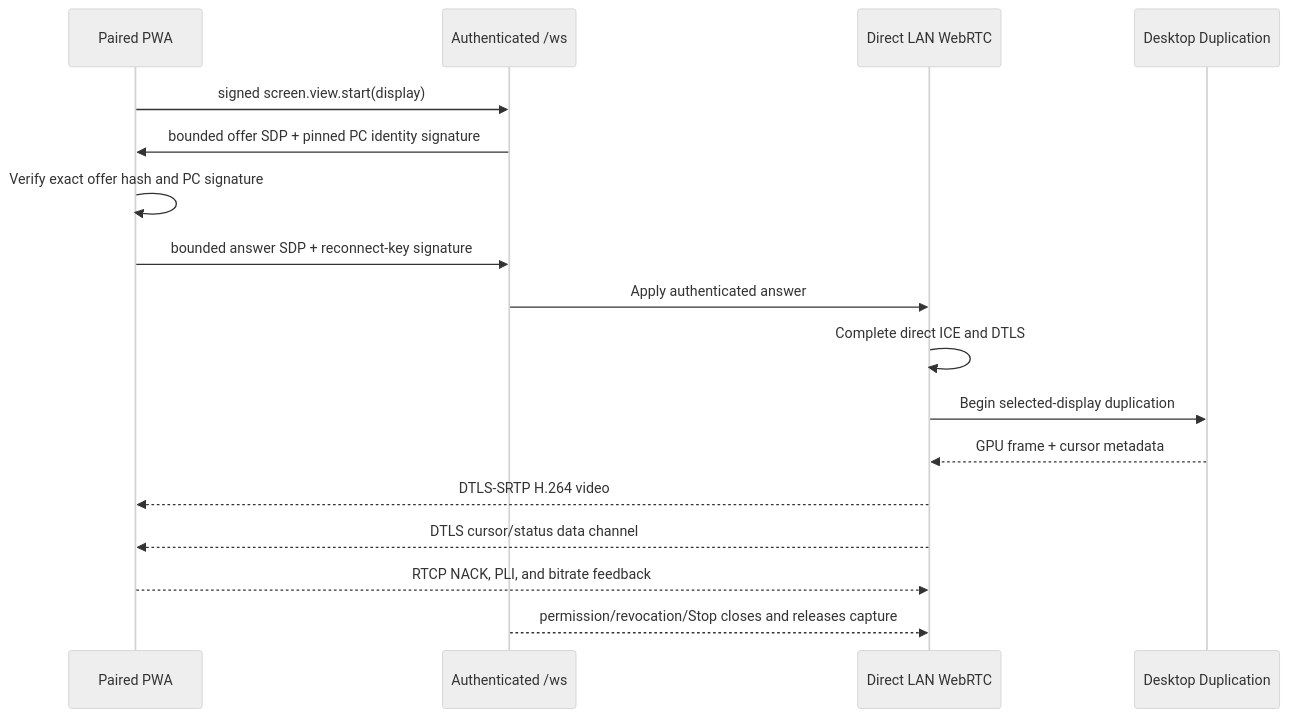
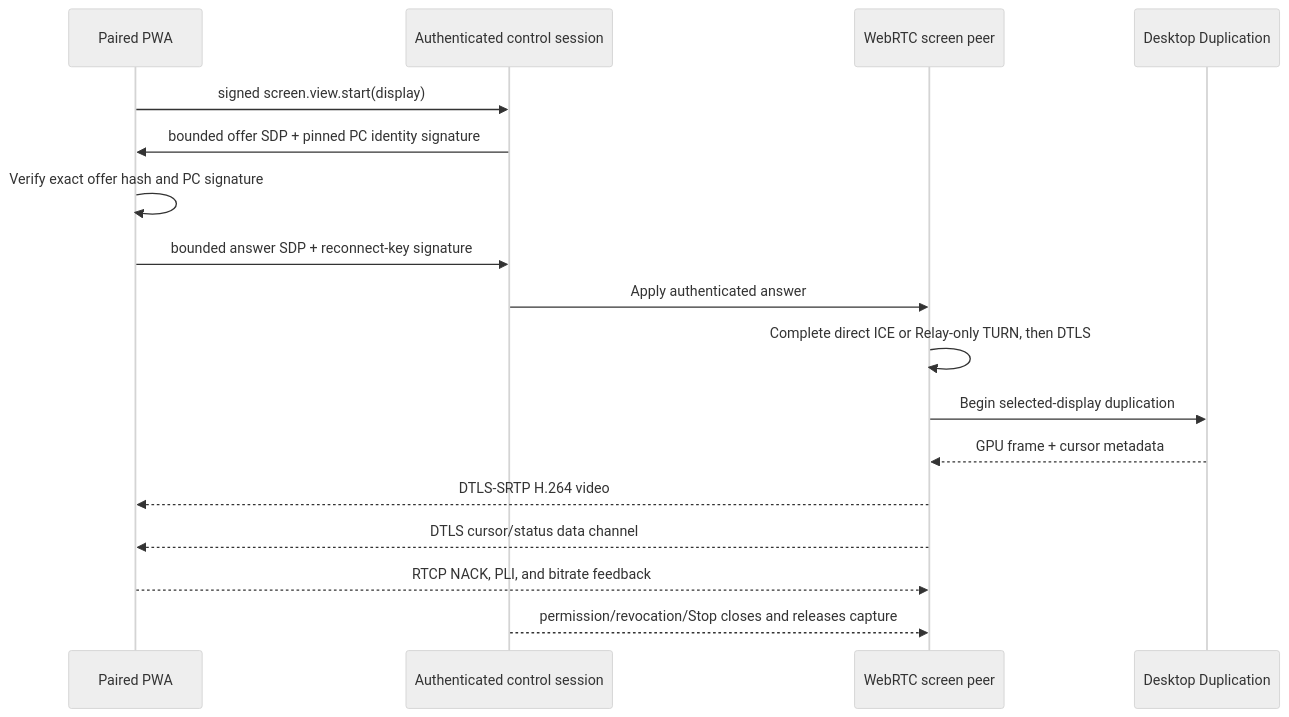
One commit to voltura/voltura-air changed the third of 5 diagrams in docs/security-architecture-diagrams.md. Above: the diagram before and after it, drawn with Mermaid (neutral theme). The commit also changed other lines of this file and 8 other files, not shown here.

````diff
--- a/docs/security-architecture-diagrams.md
+++ b/docs/security-architecture-diagrams.md
@@ -72,20 +73,20 @@
 ```mermaid
 sequenceDiagram
   participant Client as Paired PWA
-  participant Control as Authenticated /ws
-  participant Peer as Direct LAN WebRTC
+  participant Control as Authenticated control session
+  participant Peer as WebRTC screen peer
   participant DXGI as Desktop Duplication
 
   Client->>Control: signed screen.view.start(display)
   Control->>Client: bounded offer SDP + pinned PC identity signature
   Client->>Client: Verify exact offer hash and PC signature
   Client->>Control: bounded answer SDP + reconnect-key signature
   Control->>Peer: Apply authenticated answer
-  Peer->>Peer: Complete direct ICE and DTLS
+  Peer->>Peer: Complete direct ICE or Relay-only TURN, then DTLS
   Peer->>DXGI: Begin selected-display duplication
   DXGI-->>Peer: GPU frame + cursor metadata
   Peer-->>Client: DTLS-SRTP H.264 video
   Peer-->>Client: DTLS cursor/status data channel
   Client-->>Peer: RTCP NACK, PLI, and bitrate feedback
   Control-->>Peer: permission/revocation/Stop closes and releases capture
 ```
````
